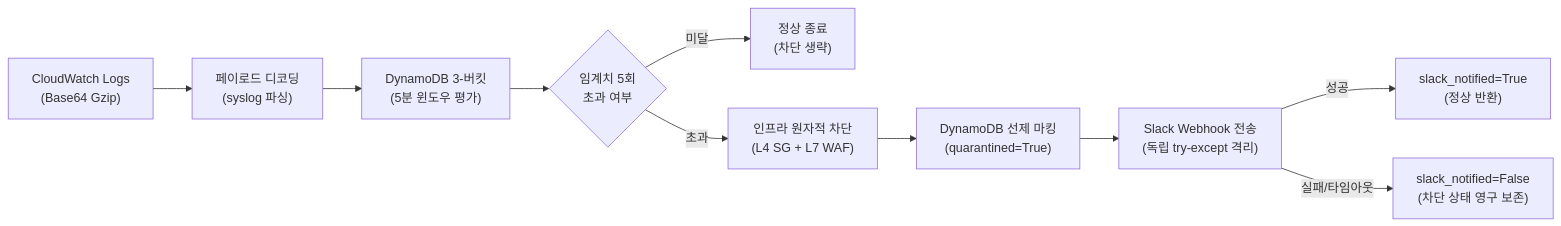
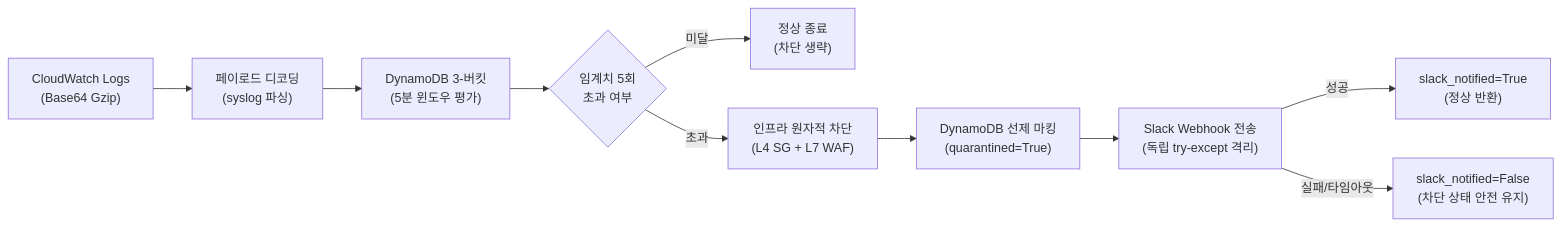
Before and after one commit to mmmphyun/security-agent-toolkit: the diagram in docs/posts/proj-aleph-project-06-orchestrator-slack-fault-isolation.md, drawn with Mermaid. The commit also changed other lines of this file, not shown here.

````diff
--- a/docs/posts/proj-aleph-project-06-orchestrator-slack-fault-isolation.md
+++ b/docs/posts/proj-aleph-project-06-orchestrator-slack-fault-isolation.md
@@ -29,12 +29,12 @@
 ```mermaid
 flowchart LR
     CW["CloudWatch Logs<br/>(Base64 Gzip)"] --> DEC["페이로드 디코딩<br/>(syslog 파싱)"]
     DEC --> DDB["DynamoDB 3-버킷<br/>(5분 윈도우 평가)"]
     DDB --> THREAT{"임계치 5회<br/>초과 여부"}
     THREAT -- "미달" --> PASS["정상 종료<br/>(차단 생략)"]
     THREAT -- "초과" --> REM["인프라 원자적 차단<br/>(L4 SG + L7 WAF)"]
     REM --> MARK["DynamoDB 선제 마킹<br/>(quarantined=True)"]
     MARK --> SLACK["Slack Webhook 전송<br/>(독립 try-except 격리)"]
     SLACK -- "성공" --> RET_OK["slack_notified=True<br/>(정상 반환)"]
-    SLACK -- "실패/타임아웃" --> RET_FAIL["slack_notified=False<br/>(차단 상태 영구 보존)"]
+    SLACK -- "실패/타임아웃" --> RET_FAIL["slack_notified=False<br/>(차단 상태 안전 유지)"]
 ```
````
